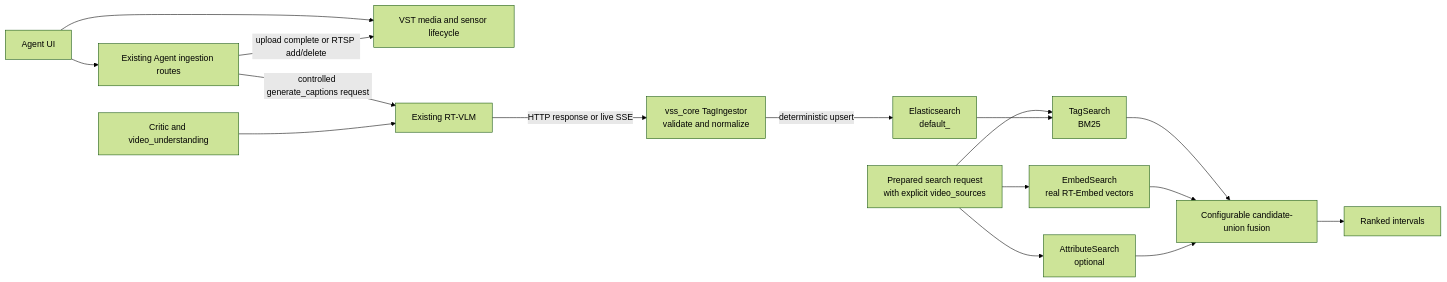
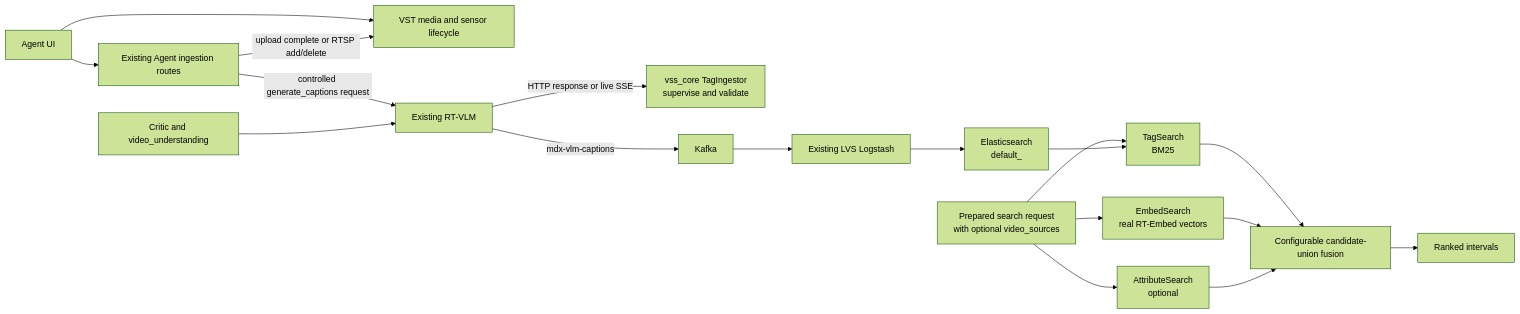
The diagram in docs/designs/vlm-tagging-search.md (ashan-nv/video-search-and-summarization), drawn with Mermaid (forest theme) before and after one commit. The commit also changed other lines of this file and 25 other files, not shown here.

Commit message:
feat: complete VLM tagging ingestion and search

````diff
--- a/docs/designs/vlm-tagging-search.md
+++ b/docs/designs/vlm-tagging-search.md
@@ -74,20 +77,22 @@
 ```mermaid
 flowchart LR
     UI["Agent UI"] --> VST["VST media and sensor lifecycle"]
     UI --> Agent["Existing Agent ingestion routes"]
     Agent -->|"upload complete or RTSP add/delete"| VST
     Agent -->|"controlled generate_captions request"| VLM["Existing RT-VLM"]
-    VLM -->|"HTTP response or live SSE"| Validate["vss_core TagIngestor\nvalidate and normalize"]
-    Validate -->|"deterministic upsert"| TagIndex["Elasticsearch\ndefault_<sensorId>"]
+    VLM -->|"HTTP response or live SSE"| Validate["vss_core TagIngestor\nsupervise and validate"]
+    VLM -->|"mdx-vlm-captions"| Kafka["Kafka"]
+    Kafka --> Logstash["Existing LVS Logstash"]
+    Logstash --> TagIndex["Elasticsearch\ndefault_<streamId>"]
 
     Critic["Critic and video_understanding"] --> VLM
 
-    Query["Prepared search request\nwith explicit video_sources"] --> TagSearch["TagSearch\nBM25"]
+    Query["Prepared search request\nwith optional video_sources"] --> TagSearch["TagSearch\nBM25"]
     Query --> EmbedSearch["EmbedSearch\nreal RT-Embed vectors"]
     Query --> AttributeSearch["AttributeSearch\noptional"]
     TagIndex --> TagSearch
     TagSearch --> Fusion["Configurable candidate-union fusion"]
     EmbedSearch --> Fusion
     AttributeSearch --> Fusion
     Fusion --> Results["Ranked intervals"]
 ```
````
